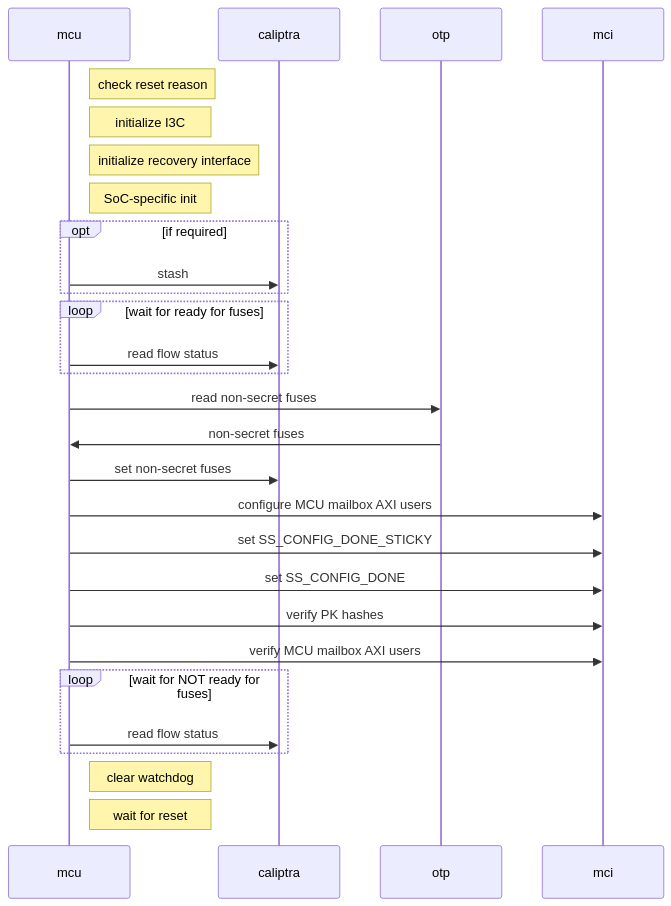
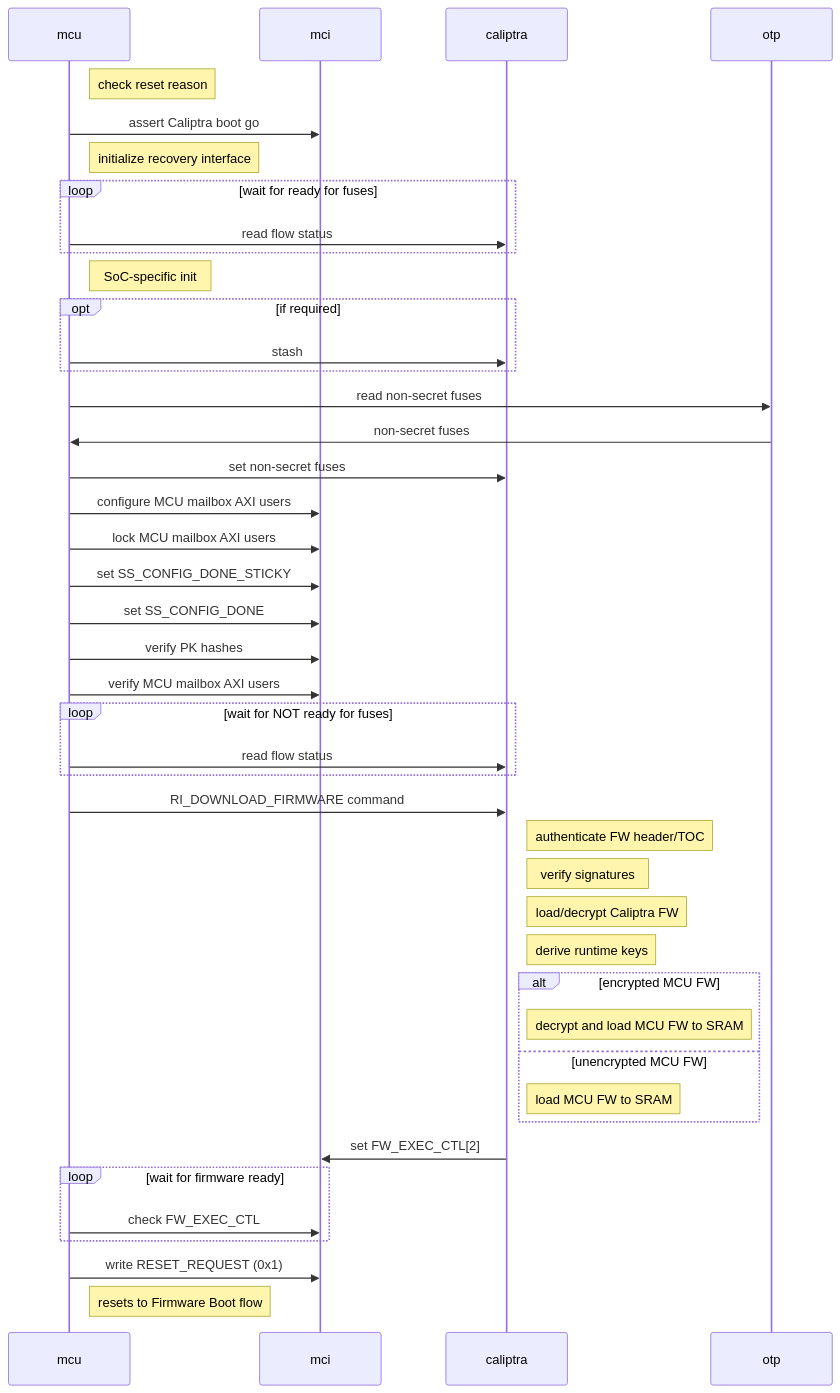
The first of 4 diagrams in docs/src/rom.md (chipsalliance/caliptra-mcu-sw), drawn with Mermaid before and after one commit. The commit also changed other lines of this file and 1 other file, not shown here.

First line of the commit message:
docs: Update cold boot specification with latest information (#759)

````diff
--- a/docs/src/rom.md
+++ b/docs/src/rom.md
@@ -55,26 +77,41 @@
 ```mermaid
 sequenceDiagram
     note right of mcu: check reset reason
-    note right of mcu: initialize I3C
+    mcu->>mci: assert Caliptra boot go
     note right of mcu: initialize recovery interface
+    loop wait for ready for fuses
+    mcu->>caliptra: read flow status
+    end
     note right of mcu: SoC-specific init
     opt if required
         mcu->>caliptra: stash
-    end
-    loop wait for ready for fuses
-    mcu->>caliptra: read flow status
     end
     mcu->>otp: read non-secret fuses
     otp->>mcu: non-secret fuses
     mcu->>caliptra: set non-secret fuses
     mcu->>mci: configure MCU mailbox AXI users
+    mcu->>mci: lock MCU mailbox AXI users
     mcu->>mci: set SS_CONFIG_DONE_STICKY
     mcu->>mci: set SS_CONFIG_DONE
     mcu->>mci: verify PK hashes
     mcu->>mci: verify MCU mailbox AXI users
     loop wait for NOT ready for fuses
     mcu->>caliptra: read flow status
     end
-    note right of mcu: clear watchdog
-    note right of mcu: wait for reset
+    mcu->>caliptra: RI_DOWNLOAD_FIRMWARE command
+    note right of caliptra: authenticate FW header/TOC
+    note right of caliptra: verify signatures
+    note right of caliptra: load/decrypt Caliptra FW
+    note right of caliptra: derive runtime keys
+    alt encrypted MCU FW
+        note right of caliptra: decrypt and load MCU FW to SRAM
+    else unencrypted MCU FW
+        note right of caliptra: load MCU FW to SRAM
+    end
+    caliptra->>mci: set FW_EXEC_CTL[2]
+    loop wait for firmware ready
+    mcu->>mci: check FW_EXEC_CTL
+    end
+    mcu->>mci: write RESET_REQUEST (0x1)
+    note right of mcu: resets to Firmware Boot flow
 ```
````
